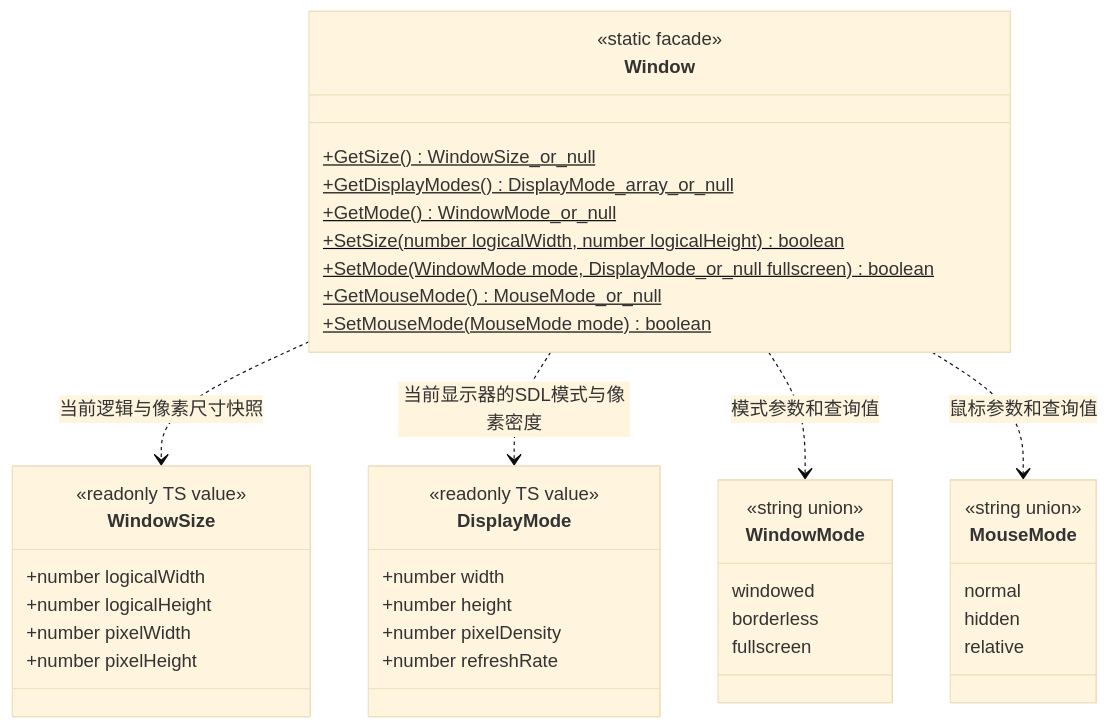
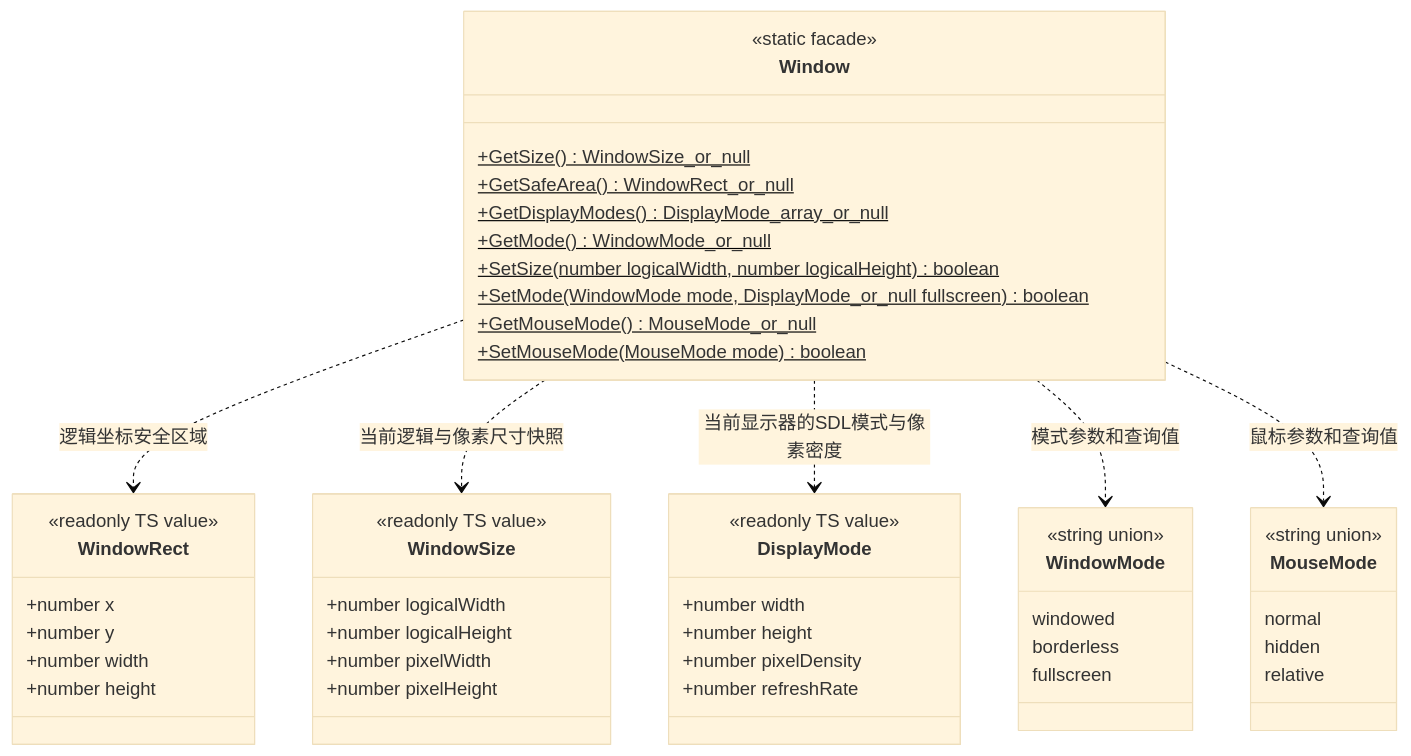
Before and after one commit to lcals/Engine: the first of 3 diagrams in docs/plugins/runtime/class-diagrams/runtime-controls-script-api.md, drawn with Mermaid (base theme). The commit also changed other lines of this file and 79 other files, not shown here.

````diff
--- a/docs/plugins/runtime/class-diagrams/runtime-controls-script-api.md
+++ b/docs/plugins/runtime/class-diagrams/runtime-controls-script-api.md
@@ -10,44 +10,53 @@
 ```mermaid
 classDiagram
     direction TB
     class Window {
         <<static facade>>
         +GetSize() WindowSize_or_null$
+        +GetSafeArea() WindowRect_or_null$
         +GetDisplayModes() DisplayMode_array_or_null$
         +GetMode() WindowMode_or_null$
         +SetSize(number logicalWidth, number logicalHeight) boolean$
         +SetMode(WindowMode mode, DisplayMode_or_null fullscreen) boolean$
         +GetMouseMode() MouseMode_or_null$
         +SetMouseMode(MouseMode mode) boolean$
+    }
+    class WindowRect {
+        <<readonly TS value>>
+        +number x
+        +number y
+        +number width
+        +number height
     }
     class WindowSize {
         <<readonly TS value>>
         +number logicalWidth
         +number logicalHeight
         +number pixelWidth
         +number pixelHeight
     }
     class DisplayMode {
         <<readonly TS value>>
         +number width
         +number height
         +number pixelDensity
         +number refreshRate
     }
     class WindowMode {
         <<string union>>
         windowed
         borderless
         fullscreen
     }
     class MouseMode {
         <<string union>>
         normal
         hidden
         relative
     }
+    Window ..> WindowRect : 逻辑坐标安全区域
     Window ..> WindowSize : 当前逻辑与像素尺寸快照
     Window ..> DisplayMode : 当前显示器的SDL模式与像素密度
     Window ..> WindowMode : 模式参数和查询值
     Window ..> MouseMode : 鼠标参数和查询值
 ```
````
